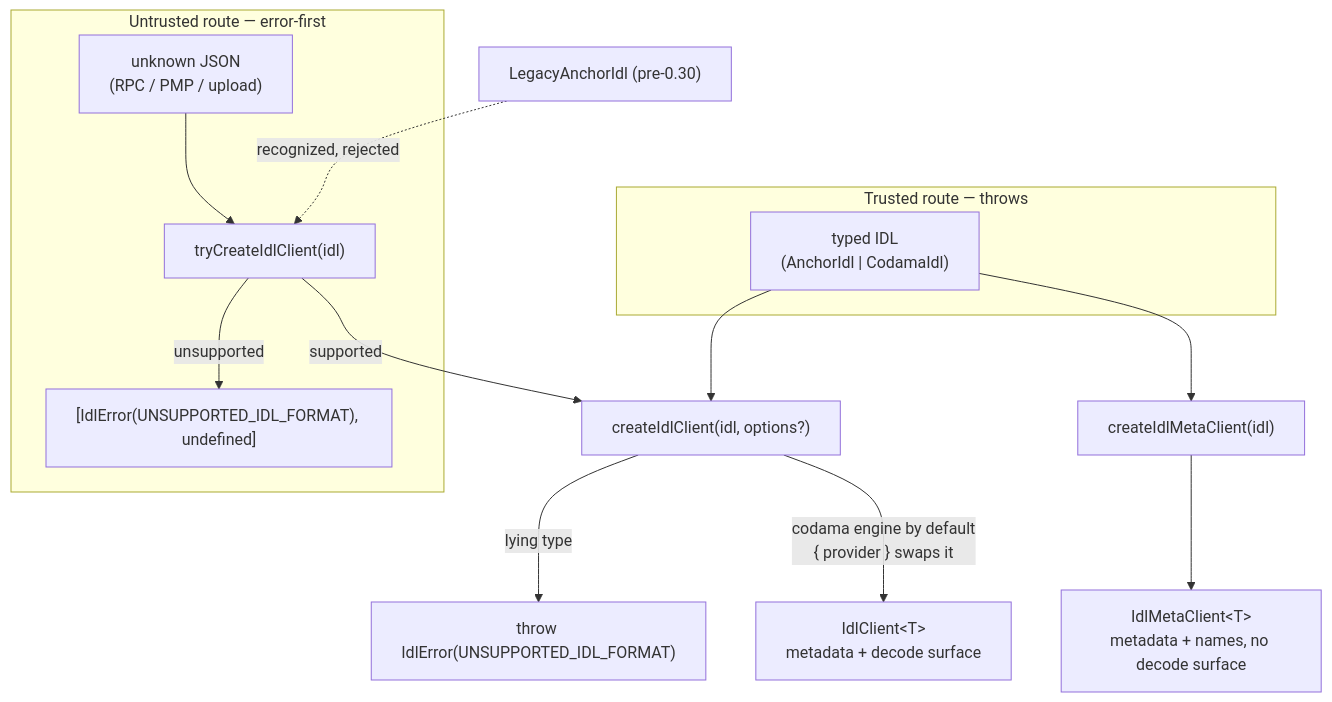
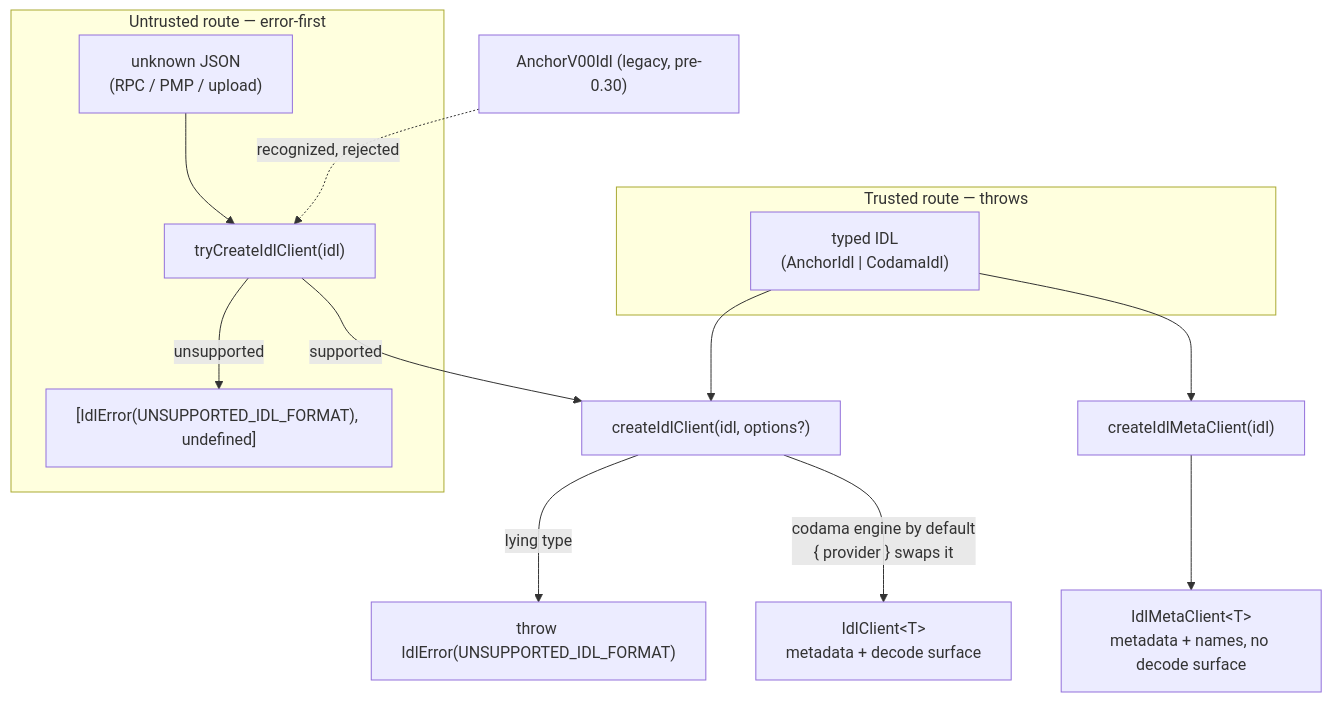
Before and after one commit to hoodieshq/explorer: the first of 2 diagrams in packages/idl/DESIGN.md, drawn with Mermaid. The commit also changed other lines of this file and 2 other files, not shown here.

Commit message:
docs(idl): strip design churn and tighten package docs

````diff
--- a/packages/idl/DESIGN.md
+++ b/packages/idl/DESIGN.md
@@ -34,17 +13,17 @@
 ```mermaid
 flowchart TD
     subgraph UNTRUSTED["Untrusted route — error-first"]
         RAW["unknown JSON<br/>(RPC / PMP / upload)"] --> TRY["tryCreateIdlClient(idl)"]
         TRY -->|"unsupported"| ERR["[IdlError(UNSUPPORTED_IDL_FORMAT), undefined]"]
     end
     subgraph TRUSTED["Trusted route — throws"]
         TYPED["typed IDL<br/>(AnchorIdl | CodamaIdl)"]
     end
     TRY -->|"supported"| CREATE["createIdlClient(idl, options?)"]
     TYPED --> CREATE
     CREATE -->|"lying type"| THROW["throw IdlError(UNSUPPORTED_IDL_FORMAT)"]
     CREATE -->|"codama engine by default<br/>{ provider } swaps it"| CLIENT["IdlClient&lt;T&gt;<br/>metadata + decode surface"]
     TYPED --> METACREATE["createIdlMetaClient(idl)"]
     METACREATE --> META["IdlMetaClient&lt;T&gt;<br/>metadata + names, no decode surface"]
-    LEGACY["LegacyAnchorIdl (pre-0.30)"] -. "recognized, rejected" .-> TRY
+    LEGACY["AnchorV00Idl (legacy, pre-0.30)"] -. "recognized, rejected" .-> TRY
 ```
````
